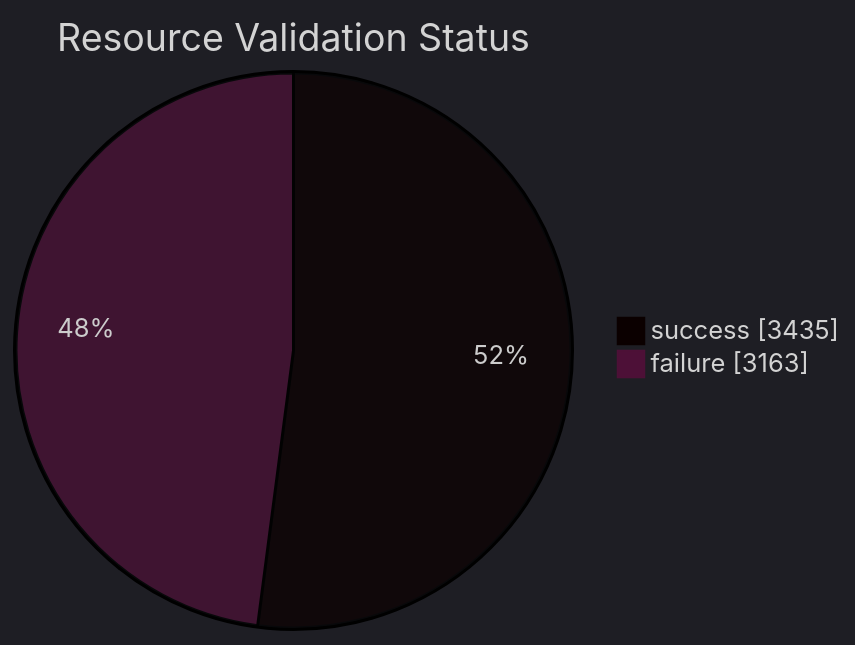
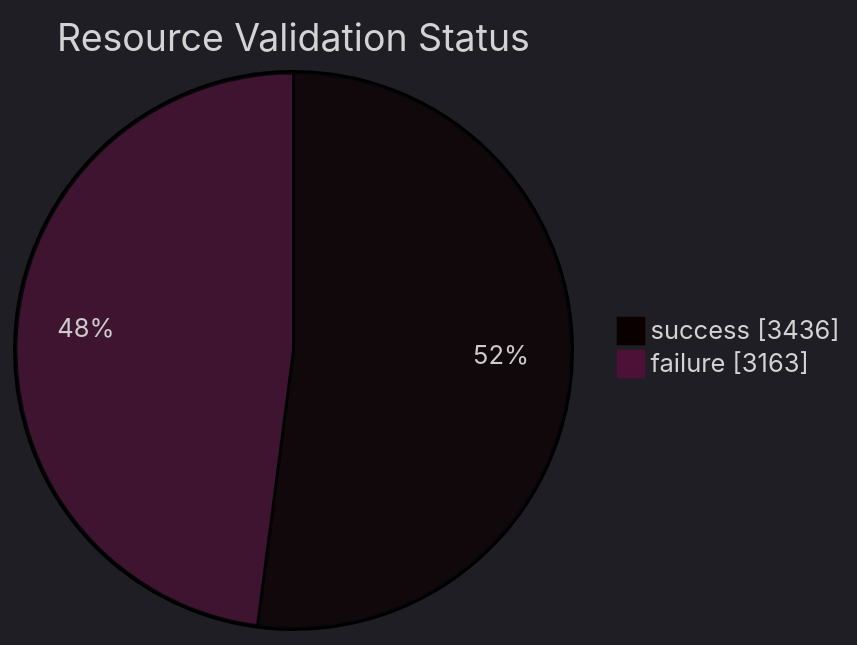
One commit to open-data/analytics-corporate-reporting changed the diagram in datastore_tracker/resource_validation_status_pie_chart.md. Above: the diagram before and after it, drawn with Mermaid. The commit also changed 7 other files, not shown here.

````diff
--- a/datastore_tracker/resource_validation_status_pie_chart.md
+++ b/datastore_tracker/resource_validation_status_pie_chart.md
@@ -2,9 +2,9 @@
 ```mermaid
 ---
 config:
   theme: dark
 ---
 pie showData title Resource Validation Status
-    "success": 3435
+    "success": 3436
     "failure": 3163
 ```
````
